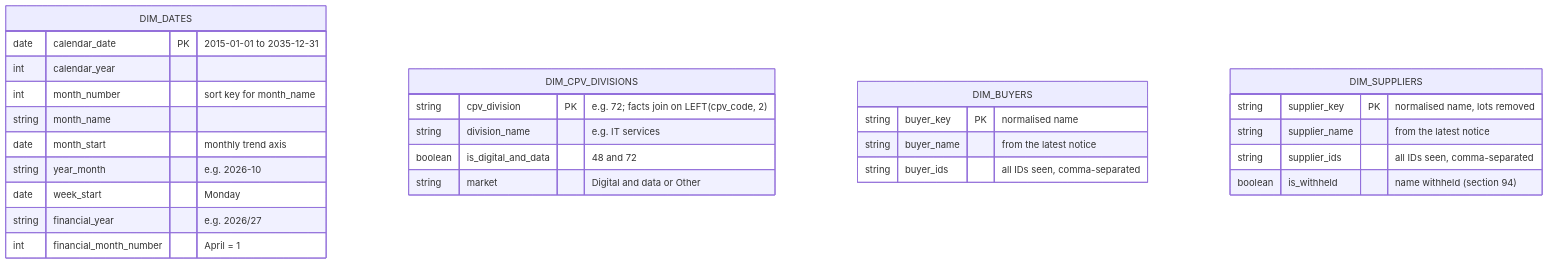
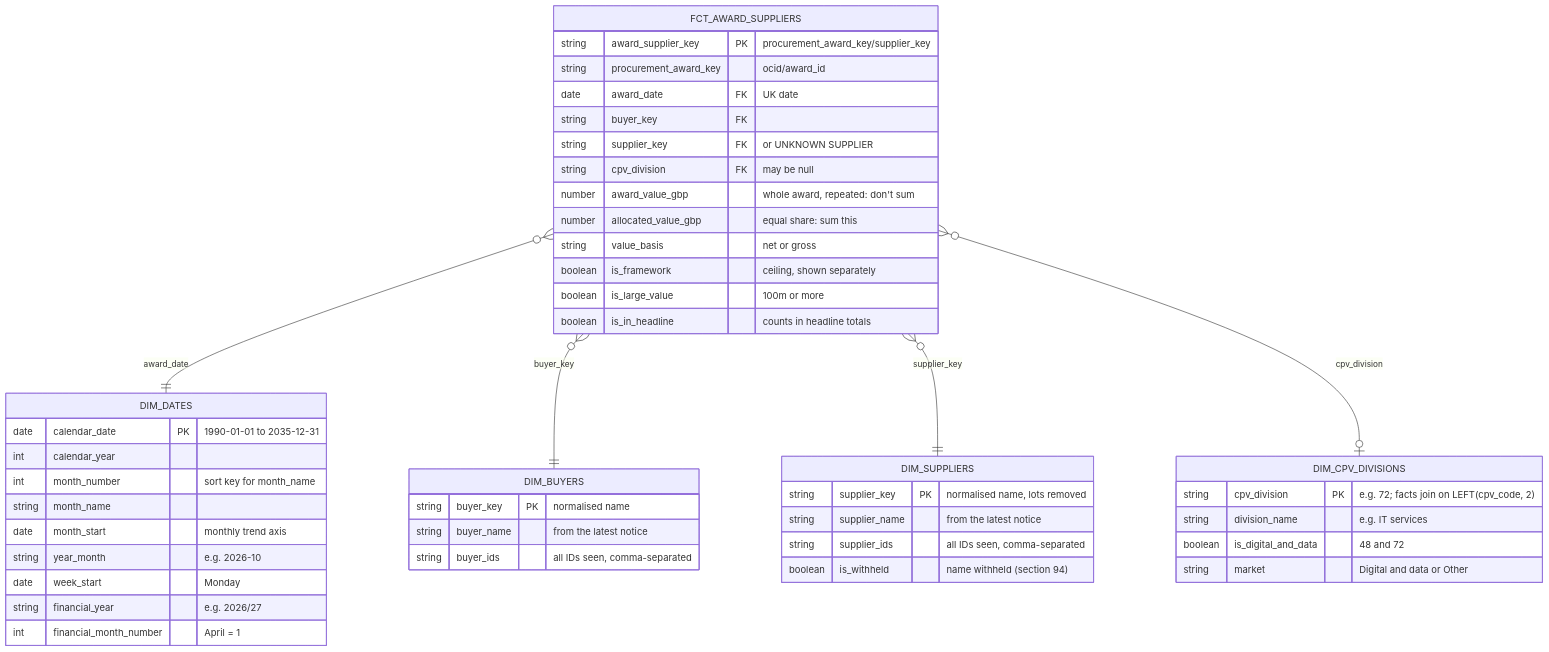
Before and after one commit to jacekjastrzebski/uk-tenders-dbt-snowflake: the diagram in docs/diagrams/marts-erd.md, drawn with Mermaid. The commit also changed other lines of this file and 13 other files, not shown here.

First line of the commit message:
Add fct_award_suppliers for who's buying and who's winning

````diff
--- a/docs/diagrams/marts-erd.md
+++ b/docs/diagrams/marts-erd.md
@@ -5,31 +5,50 @@
 ```mermaid
 erDiagram
+    FCT_AWARD_SUPPLIERS }o--|| DIM_DATES : "award_date"
+    FCT_AWARD_SUPPLIERS }o--|| DIM_BUYERS : "buyer_key"
+    FCT_AWARD_SUPPLIERS }o--|| DIM_SUPPLIERS : "supplier_key"
+    FCT_AWARD_SUPPLIERS }o--o| DIM_CPV_DIVISIONS : "cpv_division"
+
+    FCT_AWARD_SUPPLIERS {
+        string award_supplier_key PK "procurement_award_key/supplier_key"
+        string procurement_award_key "ocid/award_id"
+        date award_date FK "UK date"
+        string buyer_key FK
+        string supplier_key FK "or UNKNOWN SUPPLIER"
+        string cpv_division FK "may be null"
+        number award_value_gbp "whole award, repeated: don't sum"
+        number allocated_value_gbp "equal share: sum this"
+        string value_basis "net or gross"
+        boolean is_framework "ceiling, shown separately"
+        boolean is_large_value "100m or more"
+        boolean is_in_headline "counts in headline totals"
+    }
     DIM_DATES {
-        date calendar_date PK "2015-01-01 to 2035-12-31"
+        date calendar_date PK "1990-01-01 to 2035-12-31"
         int calendar_year
         int month_number "sort key for month_name"
         string month_name
         date month_start "monthly trend axis"
         string year_month "e.g. 2026-10"
         date week_start "Monday"
         string financial_year "e.g. 2026/27"
         int financial_month_number "April = 1"
     }
     DIM_CPV_DIVISIONS {
         string cpv_division PK "e.g. 72; facts join on LEFT(cpv_code, 2)"
         string division_name "e.g. IT services"
         boolean is_digital_and_data "48 and 72"
         string market "Digital and data or Other"
     }
     DIM_BUYERS {
         string buyer_key PK "normalised name"
         string buyer_name "from the latest notice"
         string buyer_ids "all IDs seen, comma-separated"
     }
     DIM_SUPPLIERS {
         string supplier_key PK "normalised name, lots removed"
         string supplier_name "from the latest notice"
         string supplier_ids "all IDs seen, comma-separated"
         boolean is_withheld "name withheld (section 94)"
     }
 ```
````
